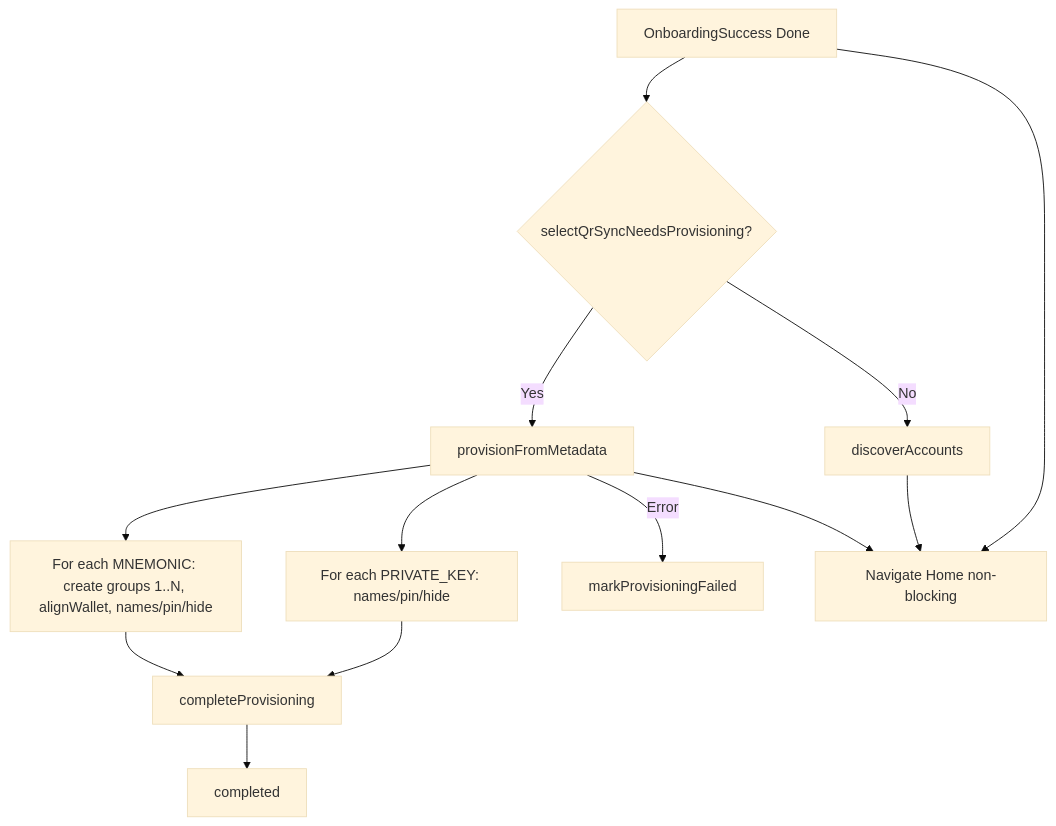
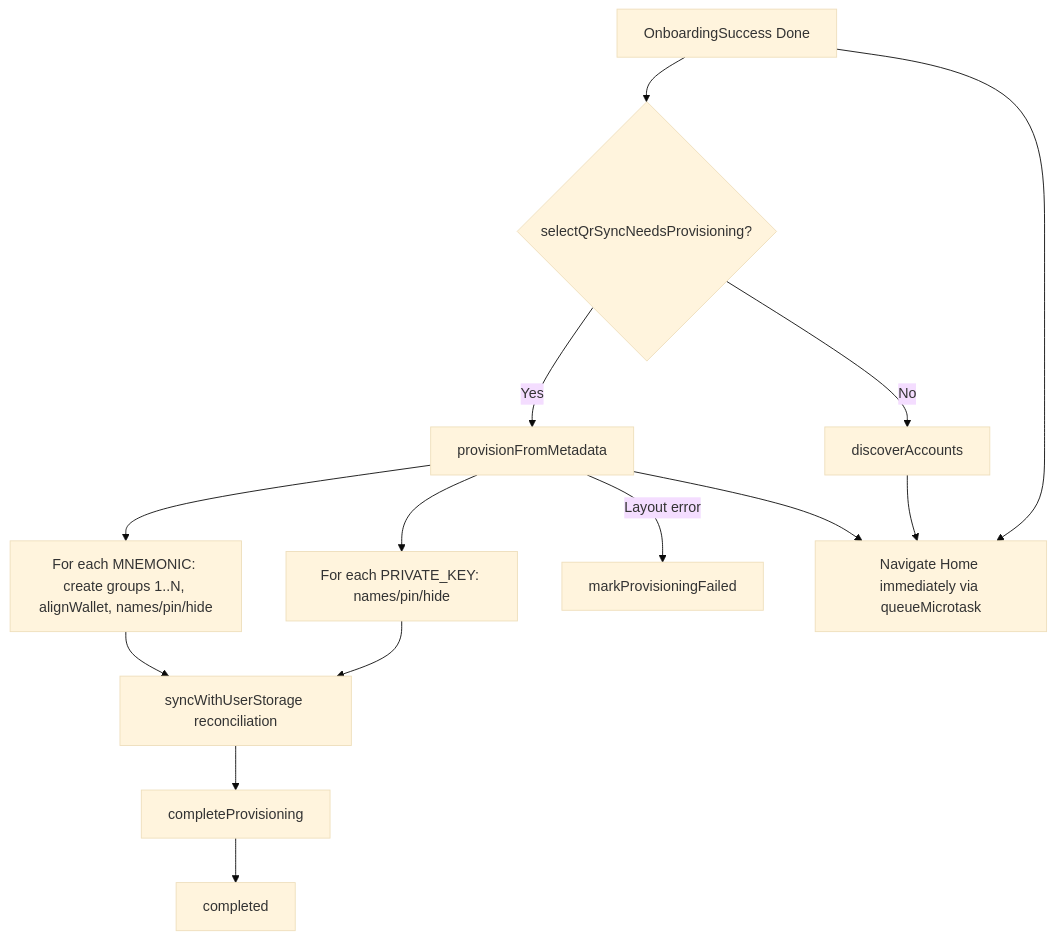
Before and after one commit to MetaMask/metamask-mobile: the fourth of 4 diagrams in docs/qr-sync/provisioning-technical.md, drawn with Mermaid (base theme). The commit also changed other lines of this file and 4 other files, not shown here.

````diff
--- a/docs/qr-sync/provisioning-technical.md
+++ b/docs/qr-sync/provisioning-technical.md
@@ -299,15 +301,16 @@
 ```mermaid
 flowchart TD
     A[OnboardingSuccess Done] --> B{selectQrSyncNeedsProvisioning?}
     B -->|Yes| C[provisionFromMetadata]
     B -->|No| D[discoverAccounts]
     C --> E[For each MNEMONIC: create groups 1..N, alignWallet, names/pin/hide]
     C --> F[For each PRIVATE_KEY: names/pin/hide]
-    E --> G[completeProvisioning]
-    F --> G
-    C -->|Error| H[markProvisioningFailed]
+    E --> R[syncWithUserStorage reconciliation]
+    F --> R
+    R --> G[completeProvisioning]
     G --> I[completed]
-    A --> J[Navigate Home non-blocking]
+    C -->|Layout error| H[markProvisioningFailed]
+    A --> J[Navigate Home immediately via queueMicrotask]
     D --> J
     C --> J
 ```
````
